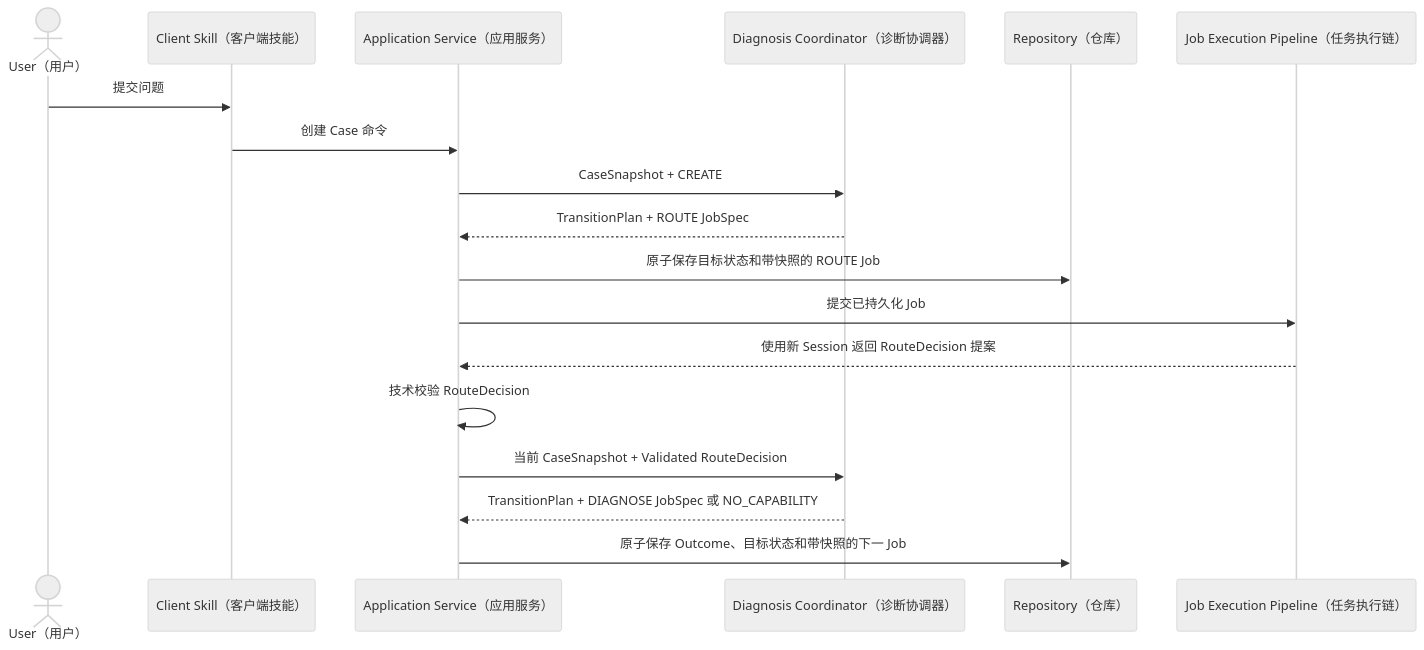
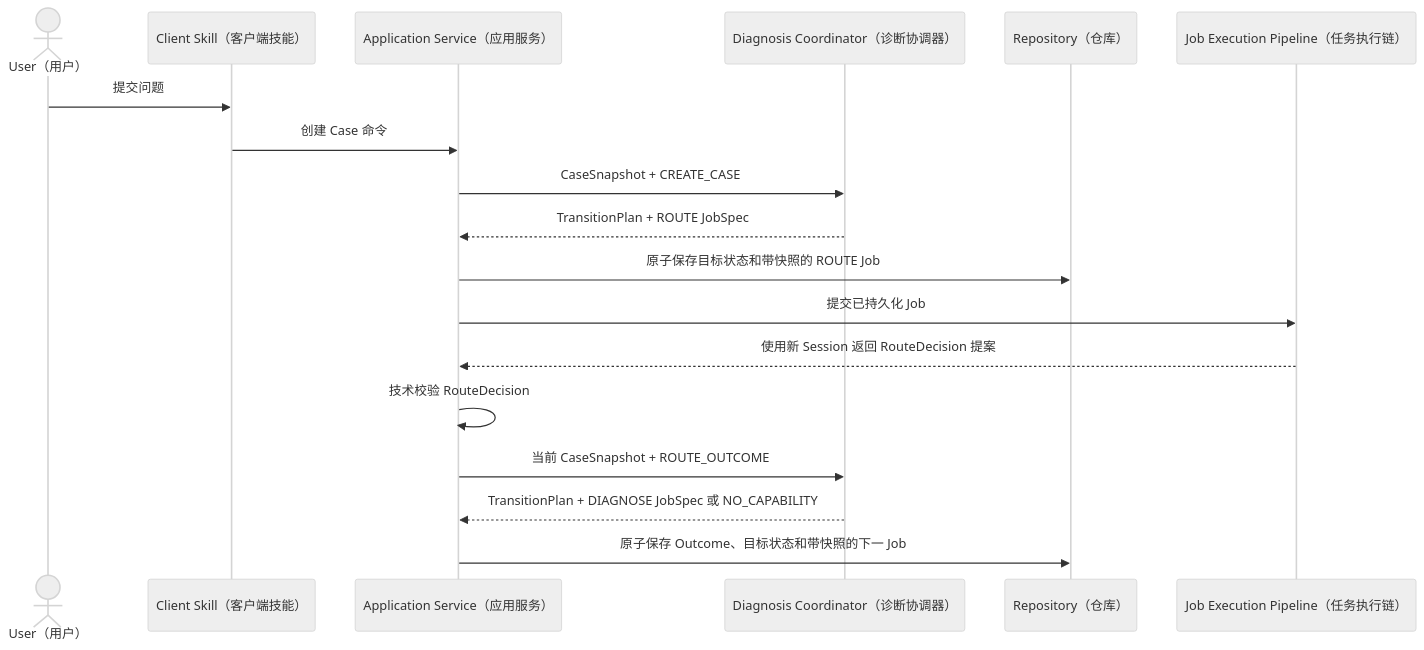
The second of 4 diagrams in design/v1-baseline-design.md (superdong1992/xiaodao), drawn with Mermaid (neutral theme) before and after one commit. The commit also changed other lines of this file and 12 other files, not shown here.

````diff
--- a/design/v1-baseline-design.md
+++ b/design/v1-baseline-design.md
@@ -816,21 +860,21 @@
 ```mermaid
 sequenceDiagram
     actor U as User（用户）
     participant C as Client Skill（客户端技能）
     participant A as Application Service（应用服务）
     participant D as Diagnosis Coordinator（诊断协调器）
     participant R as Repository（仓库）
     participant J as Job Execution Pipeline（任务执行链）
 
     U->>C: 提交问题
     C->>A: 创建 Case 命令
-    A->>D: CaseSnapshot + CREATE
+    A->>D: CaseSnapshot + CREATE_CASE
     D-->>A: TransitionPlan + ROUTE JobSpec
     A->>R: 原子保存目标状态和带快照的 ROUTE Job
     A->>J: 提交已持久化 Job
     J-->>A: 使用新 Session 返回 RouteDecision 提案
     A->>A: 技术校验 RouteDecision
-    A->>D: 当前 CaseSnapshot + Validated RouteDecision
+    A->>D: 当前 CaseSnapshot + ROUTE_OUTCOME
     D-->>A: TransitionPlan + DIAGNOSE JobSpec 或 NO_CAPABILITY
     A->>R: 原子保存 Outcome、目标状态和带快照的下一 Job
 ```
````
